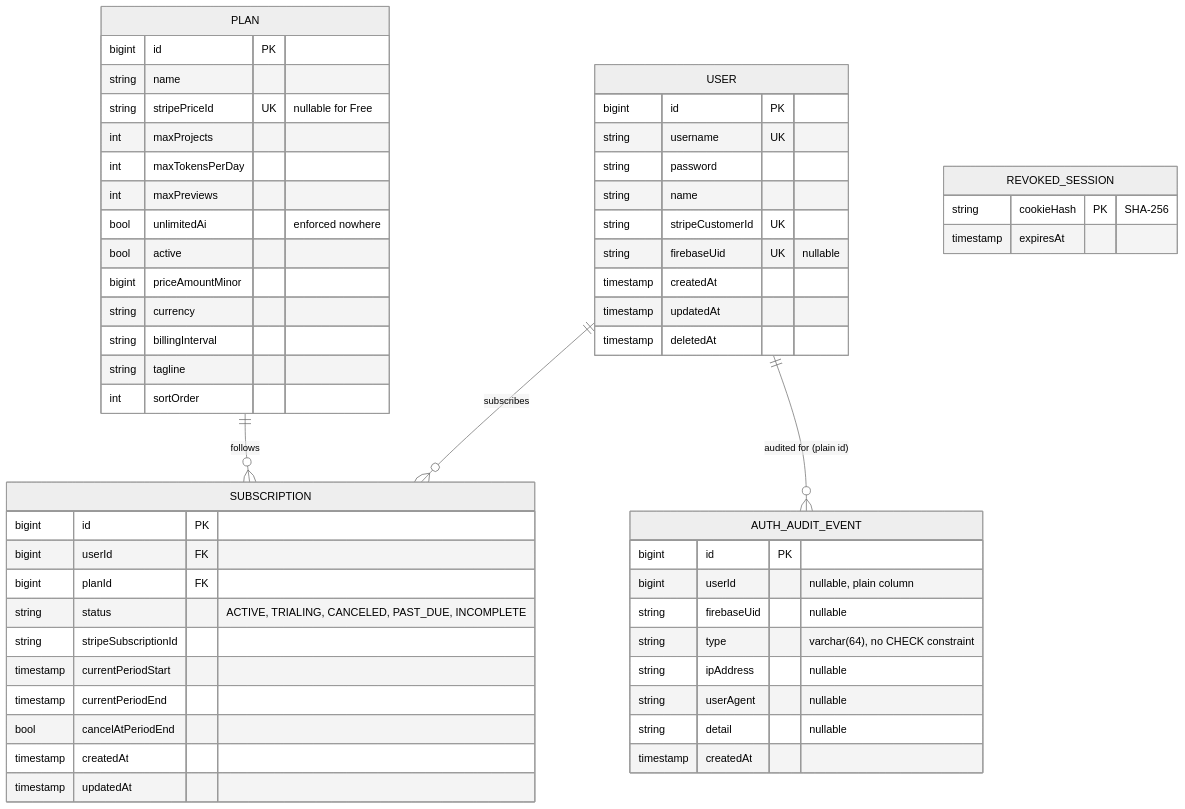
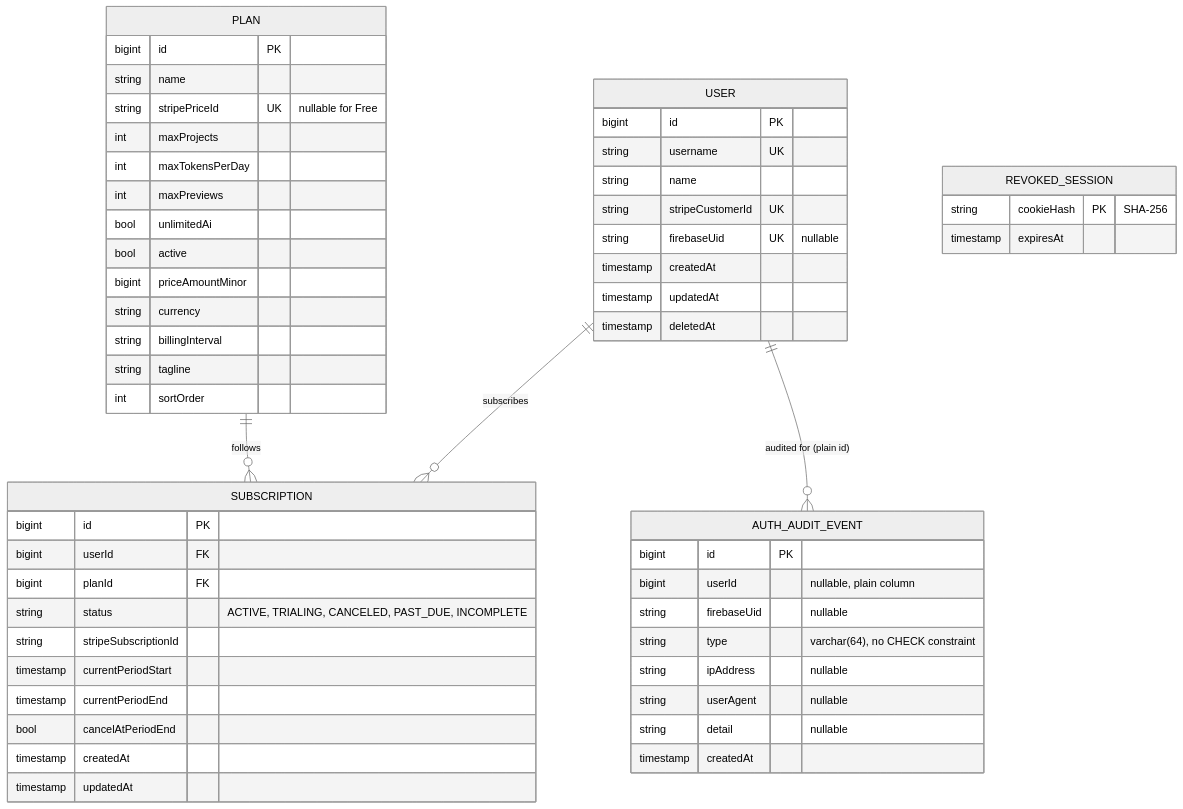
One commit to Divyanshu2805/vibecraft changed the diagram in docs/schema/account-service.md. Above: the diagram before and after it, drawn with Mermaid (neutral theme). The commit also changed other lines of this file and 6 other files, not shown here.

Commit message:
docs(schema): update the tracked docs, CLAUDE.md and README for the consolidation and the new guardrails

````diff
--- a/docs/schema/account-service.md
+++ b/docs/schema/account-service.md
@@ -3,63 +3,62 @@
 ```mermaid
 erDiagram
     USER ||--o{ SUBSCRIPTION : subscribes
     PLAN ||--o{ SUBSCRIPTION : follows
     USER ||--o{ AUTH_AUDIT_EVENT : "audited for (plain id)"
 
     USER {
         bigint id PK
         string username UK
-        string password
         string name
         string stripeCustomerId UK
         string firebaseUid UK "nullable"
         timestamp createdAt
         timestamp updatedAt
         timestamp deletedAt
     }
 
     PLAN {
         bigint id PK
         string name
         string stripePriceId UK "nullable for Free"
         int maxProjects
         int maxTokensPerDay
         int maxPreviews
-        bool unlimitedAi "enforced nowhere"
+        bool unlimitedAi
         bool active
         bigint priceAmountMinor
         string currency
         string billingInterval
         string tagline
         int sortOrder
     }
 
     SUBSCRIPTION {
         bigint id PK
         bigint userId FK
         bigint planId FK
         string status "ACTIVE, TRIALING, CANCELED, PAST_DUE, INCOMPLETE"
         string stripeSubscriptionId
         timestamp currentPeriodStart
         timestamp currentPeriodEnd
         bool cancelAtPeriodEnd
         timestamp createdAt
         timestamp updatedAt
     }
 
     AUTH_AUDIT_EVENT {
         bigint id PK
         bigint userId "nullable, plain column"
         string firebaseUid "nullable"
         string type "varchar(64), no CHECK constraint"
         string ipAddress "nullable"
         string userAgent "nullable"
         string detail "nullable"
         timestamp createdAt
     }
 
     REVOKED_SESSION {
         string cookieHash PK "SHA-256"
         timestamp expiresAt
     }
 ```
````
